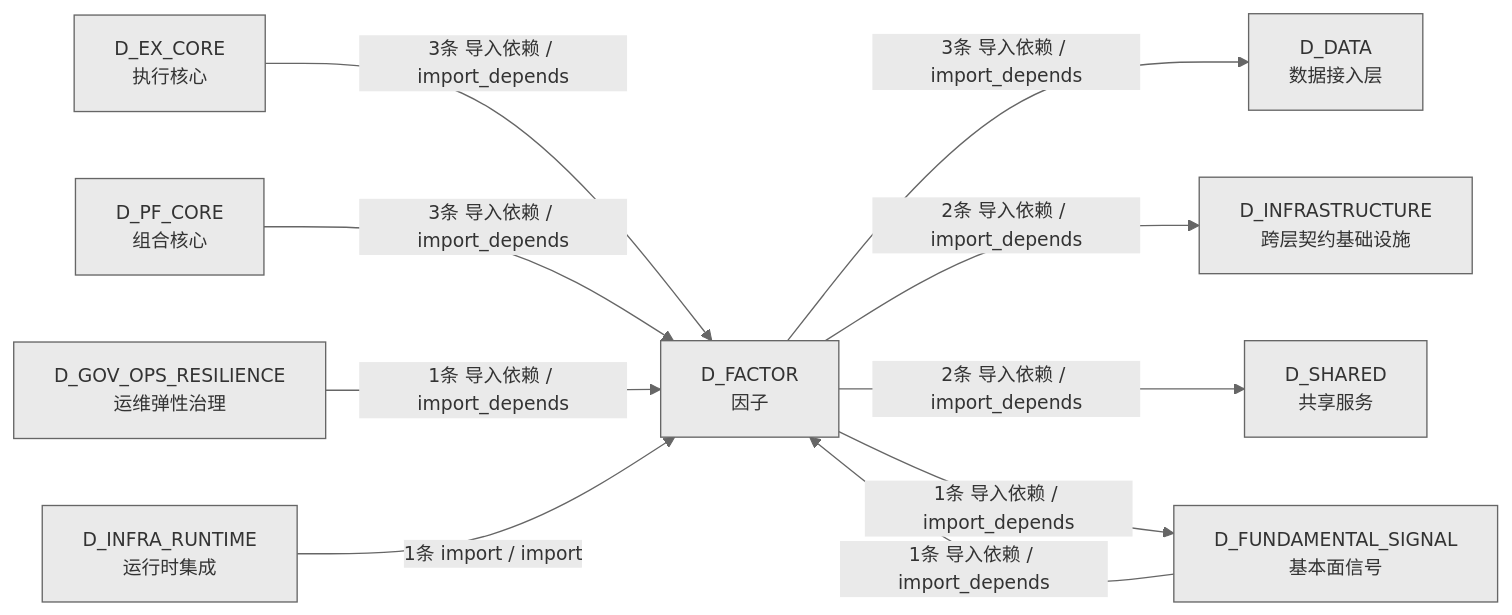
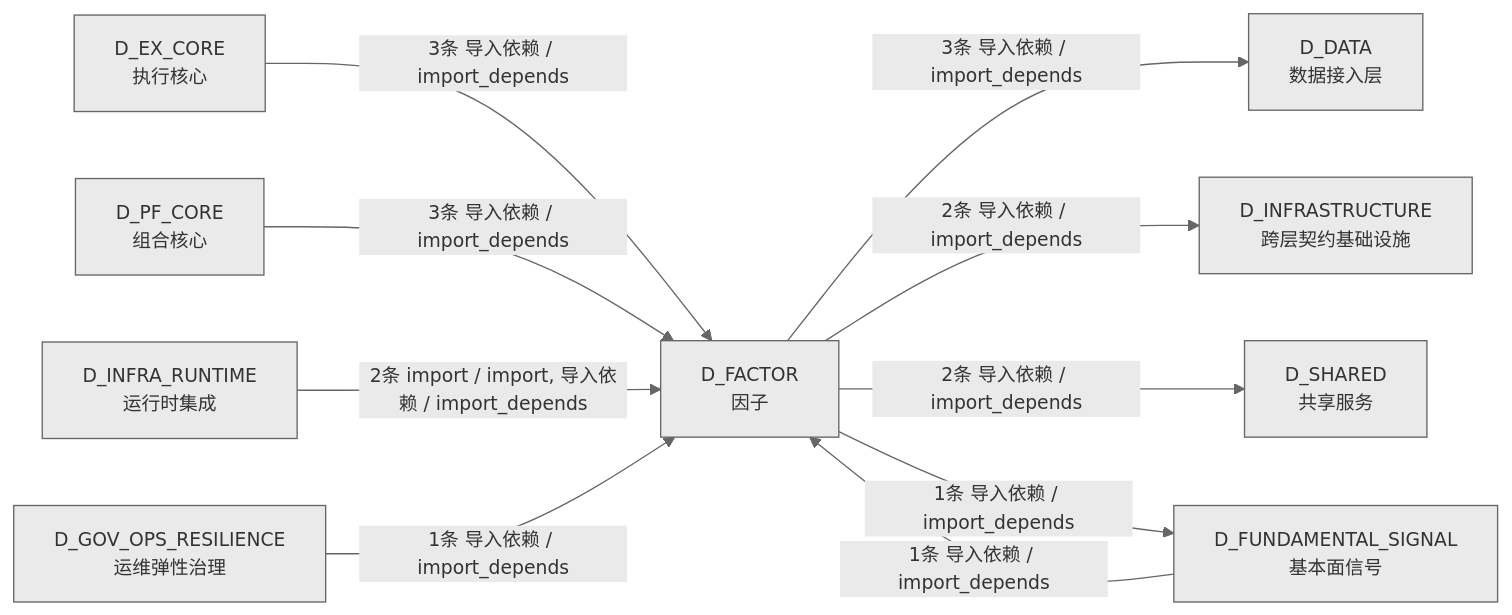
One commit to xuanFelixVan/ZephyrAlpha changed the fourth of 4 diagrams in docs/02_enterprise_architecture/02_domain_architecture_docs/46_d_factor.md. Above: the diagram before and after it, drawn with Mermaid. The commit also changed other lines of this file and 10 other files, not shown here.

````diff
--- a/docs/02_enterprise_architecture/02_domain_architecture_docs/46_d_factor.md
+++ b/docs/02_enterprise_architecture/02_domain_architecture_docs/46_d_factor.md
@@ -381,22 +383,22 @@
 ```mermaid
 %%{init: {'theme': 'base', 'themeVariables': {'primaryColor': '#eaeaea', 'primaryTextColor': '#333333', 'primaryBorderColor': '#666666', 'lineColor': '#666666', 'secondaryColor': '#eaeaea', 'tertiaryColor': '#eaeaea', 'fontSize': '14px'}}}%%
 graph LR
     D_FACTOR["D_FACTOR<br/>因子"]
     D_DATA["D_DATA<br/>数据接入层"]
     D_INFRASTRUCTURE["D_INFRASTRUCTURE<br/>跨层契约基础设施"]
     D_SHARED["D_SHARED<br/>共享服务"]
     D_FUNDAMENTAL_SIGNAL["D_FUNDAMENTAL_SIGNAL<br/>基本面信号"]
     D_EX_CORE["D_EX_CORE<br/>执行核心"]
     D_PF_CORE["D_PF_CORE<br/>组合核心"]
+    D_INFRA_RUNTIME["D_INFRA_RUNTIME<br/>运行时集成"]
     D_GOV_OPS_RESILIENCE["D_GOV_OPS_RESILIENCE<br/>运维弹性治理"]
-    D_INFRA_RUNTIME["D_INFRA_RUNTIME<br/>运行时集成"]
     D_FACTOR -->|3条 导入依赖 / import_depends| D_DATA
     D_FACTOR -->|2条 导入依赖 / import_depends| D_INFRASTRUCTURE
     D_FACTOR -->|2条 导入依赖 / import_depends| D_SHARED
     D_FACTOR -->|1条 导入依赖 / import_depends| D_FUNDAMENTAL_SIGNAL
     D_EX_CORE -->|3条 导入依赖 / import_depends| D_FACTOR
     D_PF_CORE -->|3条 导入依赖 / import_depends| D_FACTOR
+    D_INFRA_RUNTIME -->|2条 import / import, 导入依赖 / import_depends| D_FACTOR
     D_FUNDAMENTAL_SIGNAL -->|1条 导入依赖 / import_depends| D_FACTOR
     D_GOV_OPS_RESILIENCE -->|1条 导入依赖 / import_depends| D_FACTOR
-    D_INFRA_RUNTIME -->|1条 import / import| D_FACTOR
 ```
````
